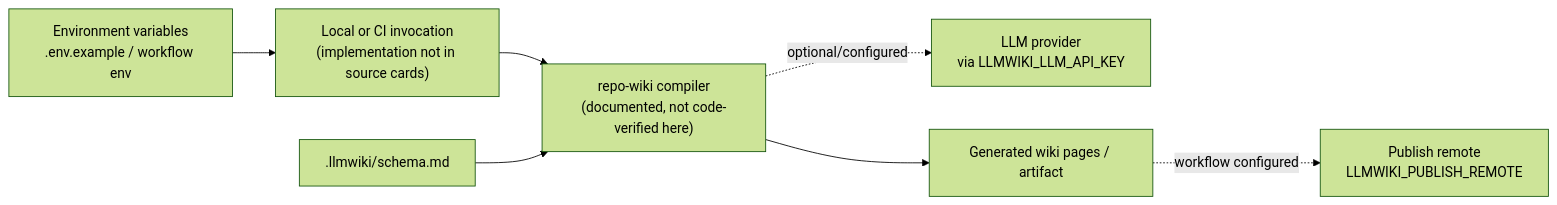
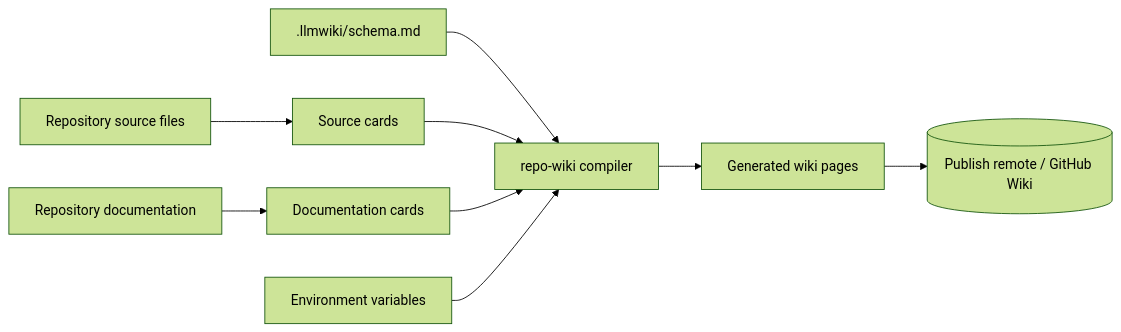
Before and after one commit to mfittko/repo-wiki: the third of 4 diagrams in Architecture.md, drawn with Mermaid (forest theme). The commit also changed other lines of this file and 43 other files, not shown here.

Commit message:
Compile repository wiki 2026-05-13T17:36:14.171Z

````diff
--- a/Architecture.md
+++ b/Architecture.md
@@ -184,17 +220,11 @@
 ```mermaid
 flowchart LR
-  Env["Environment variables<br/>.env.example / workflow env"]
-  Invocation["Local or CI invocation<br/>(implementation not in source cards)"]
-  Compiler["repo-wiki compiler<br/>(documented, not code-verified here)"]
-  Schema[".llmwiki/schema.md"]
-  LLM["LLM provider<br/>via LLMWIKI_LLM_API_KEY"]
-  WikiOut["Generated wiki pages / artifact"]
-  Publish["Publish remote<br/>LLMWIKI_PUBLISH_REMOTE"]
-
-  Env --> Invocation
-  Invocation --> Compiler
-  Schema --> Compiler
-  Compiler -. optional/configured .-> LLM
-  Compiler --> WikiOut
-  WikiOut -. workflow configured .-> Publish
+  Sources[Repository source files] --> SourceCards[Source cards]
+  Docs[Repository documentation] --> DocCards[Documentation cards]
+  Schema[.llmwiki/schema.md] --> Compiler[repo-wiki compiler]
+  SourceCards --> Compiler
+  DocCards --> Compiler
+  Env[Environment variables] --> Compiler
+  Compiler --> WikiPages[Generated wiki pages]
+  WikiPages --> PublishRemote[(Publish remote / GitHub Wiki)]
 ```
````
